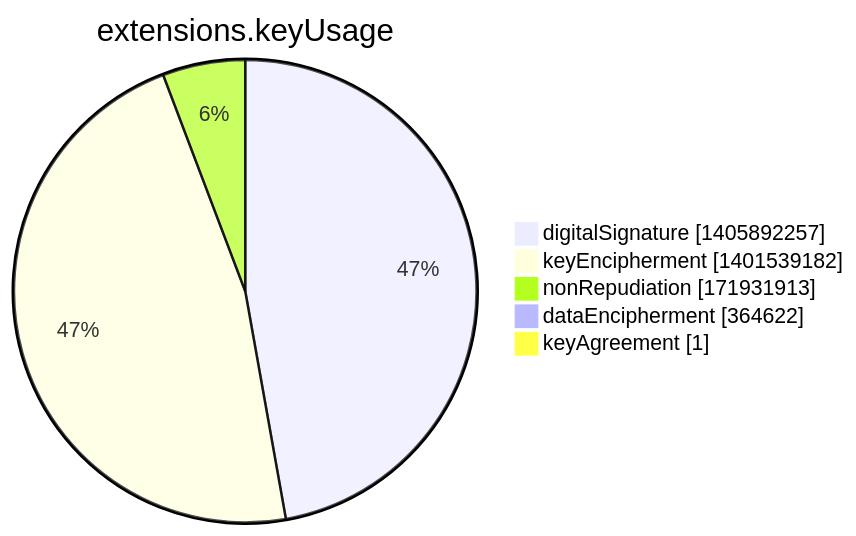
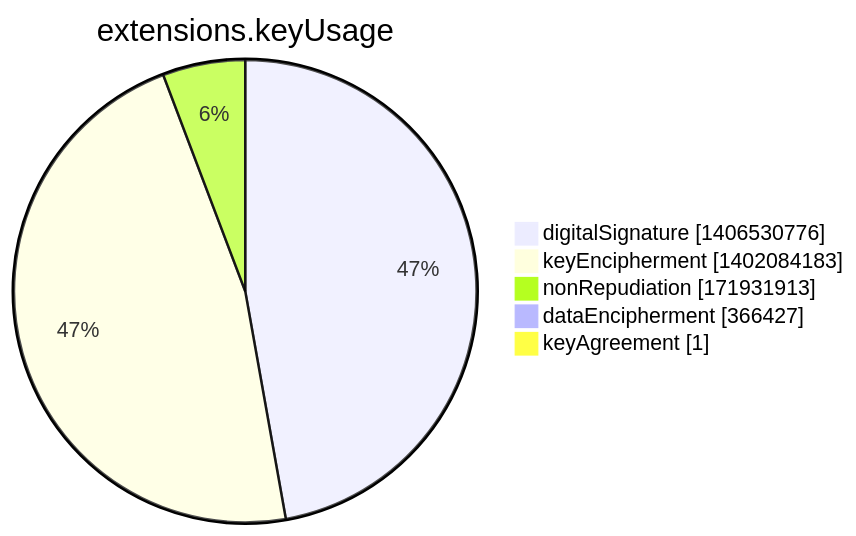
One commit to christiankrug/ctmonitor_visualization changed the seventh of 15 diagrams in argon2022/README.md. Above: the diagram before and after it, drawn with Mermaid. The commit also changed other lines of this file, not shown here.

````diff
--- a/argon2022/README.md
+++ b/argon2022/README.md
@@ -2751,9 +2751,9 @@
 ```mermaid
 pie showData
 title extensions.keyUsage
-"digitalSignature" :1405892257
-"keyEncipherment" :1401539182
+"digitalSignature" :1406530776
+"keyEncipherment" :1402084183
 "nonRepudiation" :171931913
-"dataEncipherment" :364622
+"dataEncipherment" :366427
 "keyAgreement" :1
 ```
````
